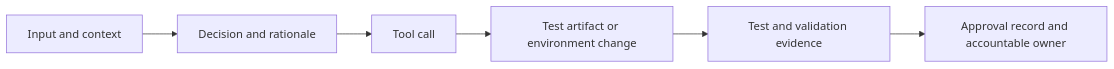
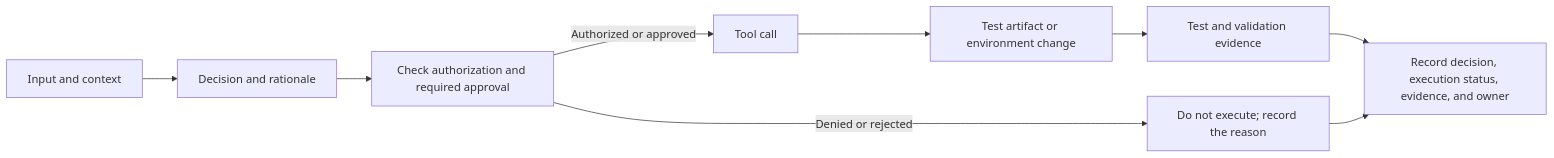
Before and after one commit to naodeng/naodeng.com.cn: the second of 5 diagrams in src/blog/en/AI-Testing/agentic-ai-governance-testing.mdx, drawn with Mermaid. The commit also changed other lines of this file and 10 other files, not shown here.

Commit message:
docs: review November blog diagrams

````diff
--- a/src/blog/en/AI-Testing/agentic-ai-governance-testing.mdx
+++ b/src/blog/en/AI-Testing/agentic-ai-governance-testing.mdx
@@ -118,8 +120,11 @@
 ```mermaid
 flowchart LR
     A[Input and context] --> B[Decision and rationale]
-    B --> C[Tool call]
-    C --> D[Test artifact or environment change]
-    D --> E[Test and validation evidence]
-    E --> F[Approval record and accountable owner]
+    B --> C[Check authorization and required approval]
+    C -->|Authorized or approved| D[Tool call]
+    C -->|Denied or rejected| E[Do not execute; record the reason]
+    D --> F[Test artifact or environment change]
+    F --> G[Test and validation evidence]
+    G --> H[Record decision, execution status, evidence, and owner]
+    E --> H
 ```
````
